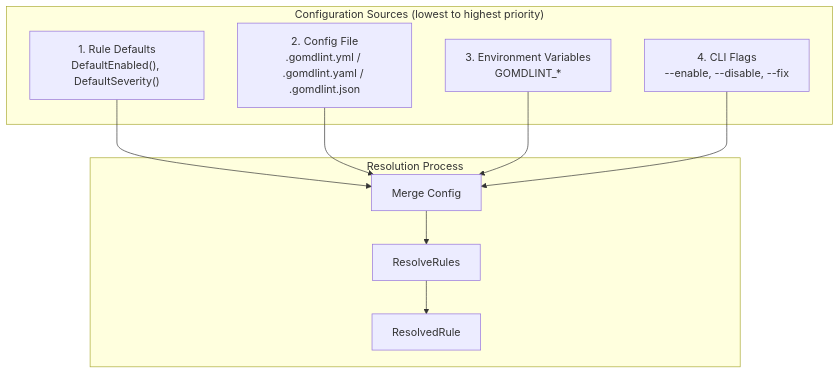
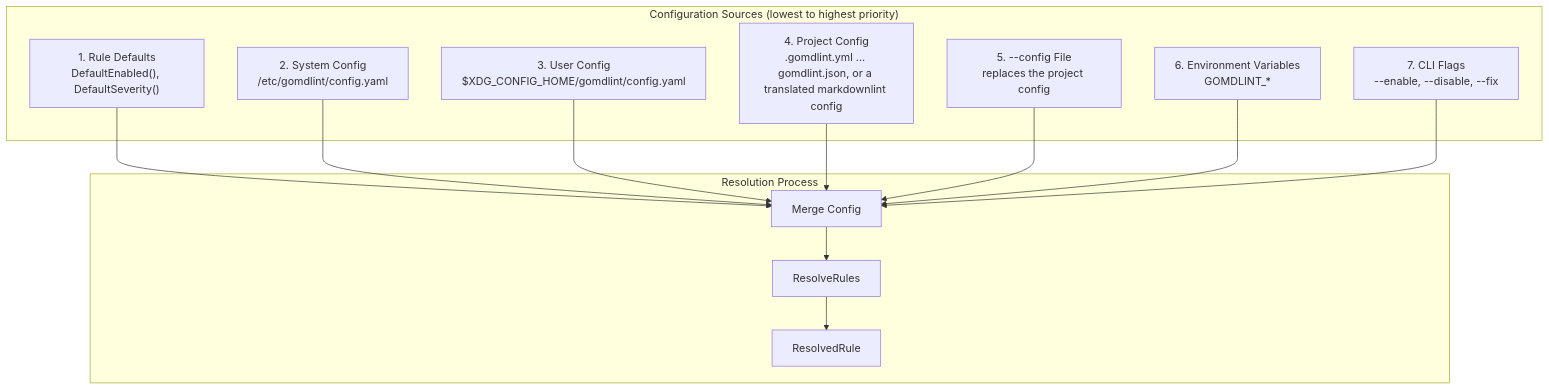
Diagram 11 of 12 in docs/ARCHITECTURE.md (yaklabco/gomdlint), drawn with Mermaid before and after one commit. The commit also changed other lines of this file and 14 other files, not shown here.

````diff
--- a/docs/ARCHITECTURE.md
+++ b/docs/ARCHITECTURE.md
@@ -464,22 +854,28 @@
 ```mermaid
 flowchart TB
     subgraph Sources["Configuration Sources (lowest to highest priority)"]
         defaults["1. Rule Defaults<br/>DefaultEnabled(), DefaultSeverity()"]
-        configFile["2. Config File<br/>.gomdlint.yml / .gomdlint.yaml / .gomdlint.json"]
-        envVars["3. Environment Variables<br/>GOMDLINT_*"]
-        cliFlags["4. CLI Flags<br/>--enable, --disable, --fix"]
+        system["2. System Config<br/>/etc/gomdlint/config.yaml"]
+        user["3. User Config<br/>$XDG_CONFIG_HOME/gomdlint/config.yaml"]
+        project["4. Project Config<br/>.gomdlint.yml ... gomdlint.json, or a translated markdownlint config"]
+        explicit["5. --config File<br/>replaces the project config"]
+        envVars["6. Environment Variables<br/>GOMDLINT_*"]
+        cliFlags["7. CLI Flags<br/>--enable, --disable, --fix"]
     end
 
     subgraph Resolution["Resolution Process"]
         merge[Merge Config]
         resolve[ResolveRules]
         resolved[ResolvedRule]
     end
 
     defaults --> merge
-    configFile --> merge
+    system --> merge
+    user --> merge
+    project --> merge
+    explicit --> merge
     envVars --> merge
     cliFlags --> merge
     merge --> resolve
     resolve --> resolved
 ```
````
